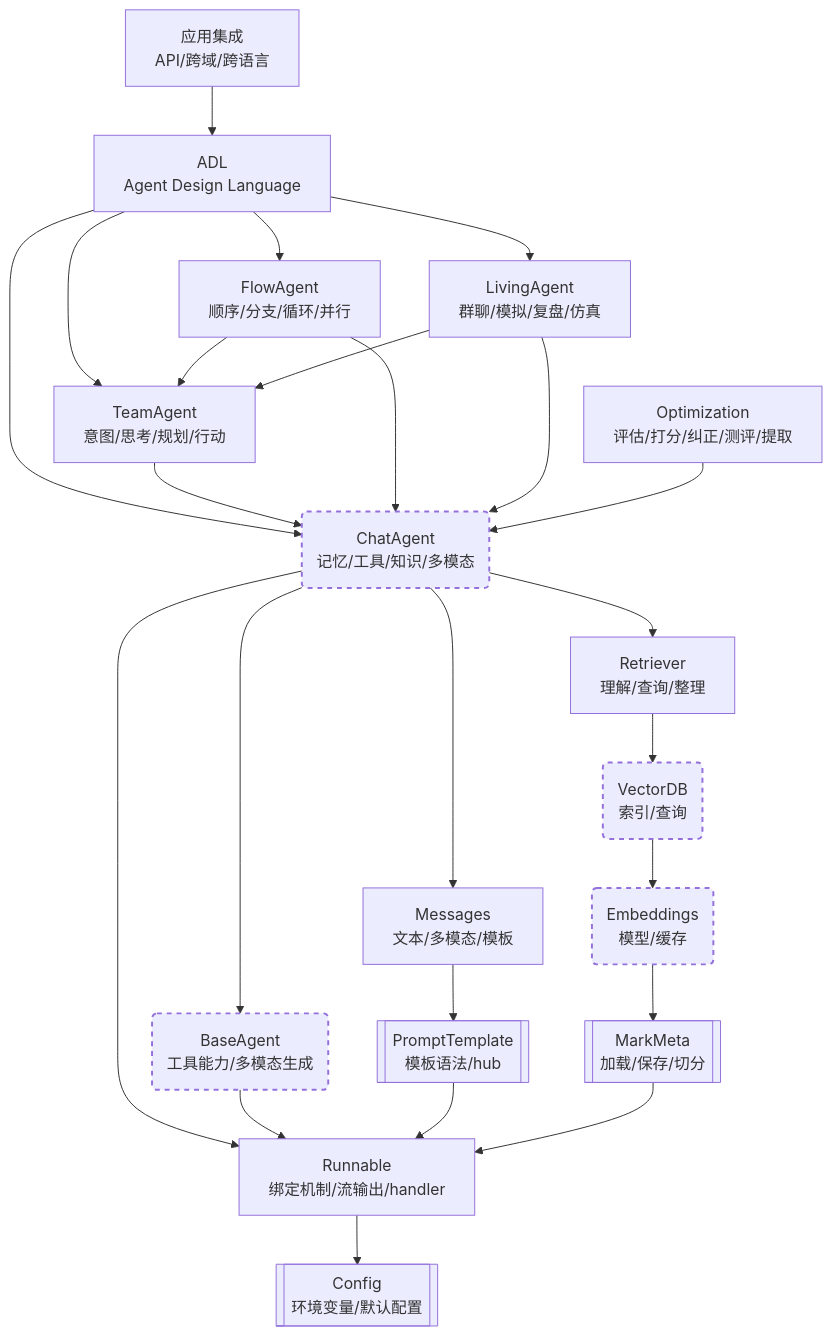
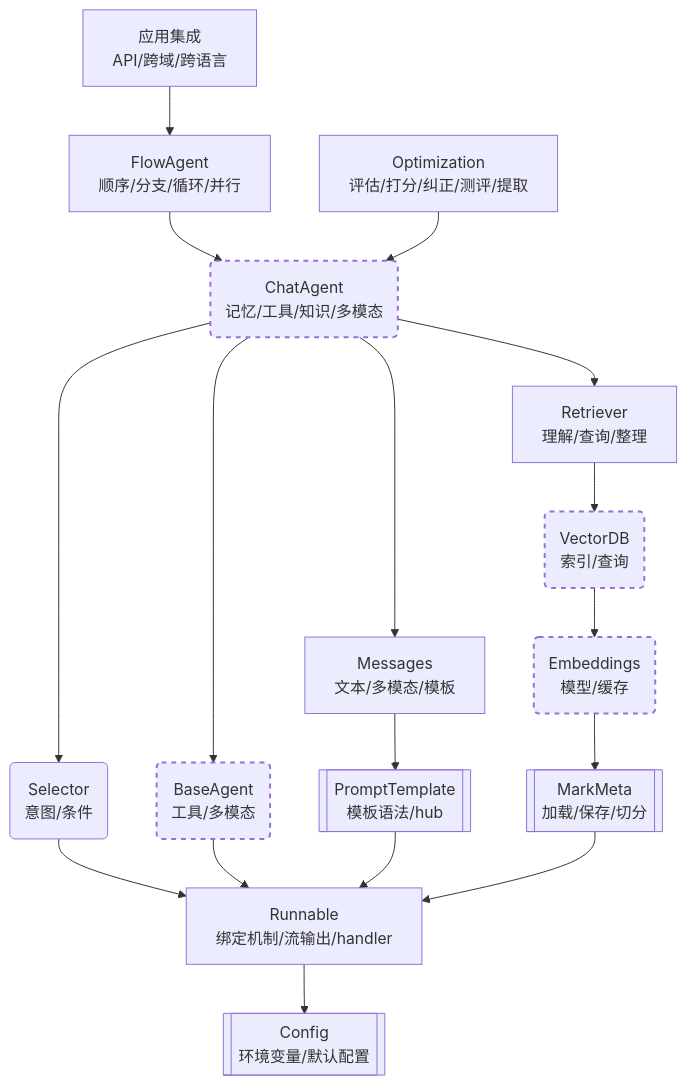
The first of 2 diagrams in notes/index.md (arcstep/illufly), drawn with Mermaid before and after one commit. The commit also changed 5 other files, not shown here.

Commit message:
feat: 在 FlowAgent 中统一提供 task 属性

````diff
--- a/notes/index.md
+++ b/notes/index.md
@@ -5,42 +5,33 @@
 ```mermaid
 graph TD
     Config[[Config<br>环境变量/默认配置]]
     Runnable[Runnable<br>绑定机制/流输出/handler]
 
     Application[应用集成<br>API/跨域/跨语言]
-    ADL[ADL<br>Agent Design Language]
     Optimization[Optimization<br>评估/打分/纠正/测评/提取]
-    Living[LivingAgent<br>群聊/模拟/复盘/仿真]
     Flow[FlowAgent<br>顺序/分支/循环/并行]
 
-    Team[TeamAgent<br>意图/思考/规划/行动]
     Agent(ChatAgent<br>记忆/工具/知识/多模态)
-    BaseAgent(BaseAgent<br>工具能力/多模态生成)
+    Selector(Selector<br>意图/条件)
+    BaseAgent(BaseAgent<br>工具/多模态)
     Messages[Messages<br>文本/多模态/模板]
     PromptTemplate[[PromptTemplate<br>模板语法/hub]]
 
     MarkMeta[[MarkMeta<br>加载/保存/切分]]
     VectorDB(VectorDB<br>索引/查询)
     Emb(Embeddings<br>模型/缓存)
     Retriever[Retriever<br>理解/查询/整理]
 
-    Application --> ADL
-    ADL --> Agent
-    ADL --> Team
-    ADL --> Flow
-    Flow --> Team --> Agent
-    Flow --> Agent
-    ADL --> Living --> Team
-    Living --> Agent
+    Application --> Flow --> Agent
     Optimization --> Agent
-    Agent --> Runnable --> Config
+    Agent --> Selector --> Runnable --> Config
     Agent --> BaseAgent --> Runnable
     Agent --> Messages -->  PromptTemplate --> Runnable
     Agent --> Retriever --> VectorDB --> Emb --> MarkMeta --> Runnable
 
     style Agent stroke-width:2px,stroke-dasharray:5 5
     style BaseAgent stroke-width:2px,stroke-dasharray:5 5
     style VectorDB stroke-width:2px,stroke-dasharray:5 5
     style Emb stroke-width:2px,stroke-dasharray:5 5
 
 ```
````
